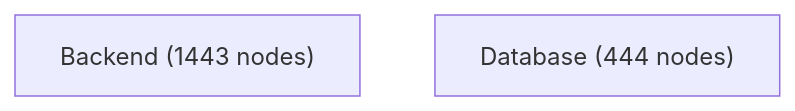
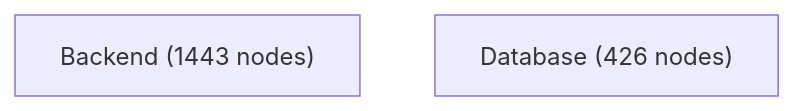
The first of 4 diagrams in docs/architecture-analysis/architecture.report.md (jankneumann/agentic-coding-tools), drawn with Mermaid before and after one commit. The commit also changed other lines of this file and 31 other files, not shown here.

````diff
--- a/docs/architecture-analysis/architecture.report.md
+++ b/docs/architecture-analysis/architecture.report.md
@@ -502,5 +513,5 @@
 ```mermaid
 flowchart TB
     Backend["Backend (1443 nodes)"]
-    Database["Database (444 nodes)"]
+    Database["Database (426 nodes)"]
 ```
````
